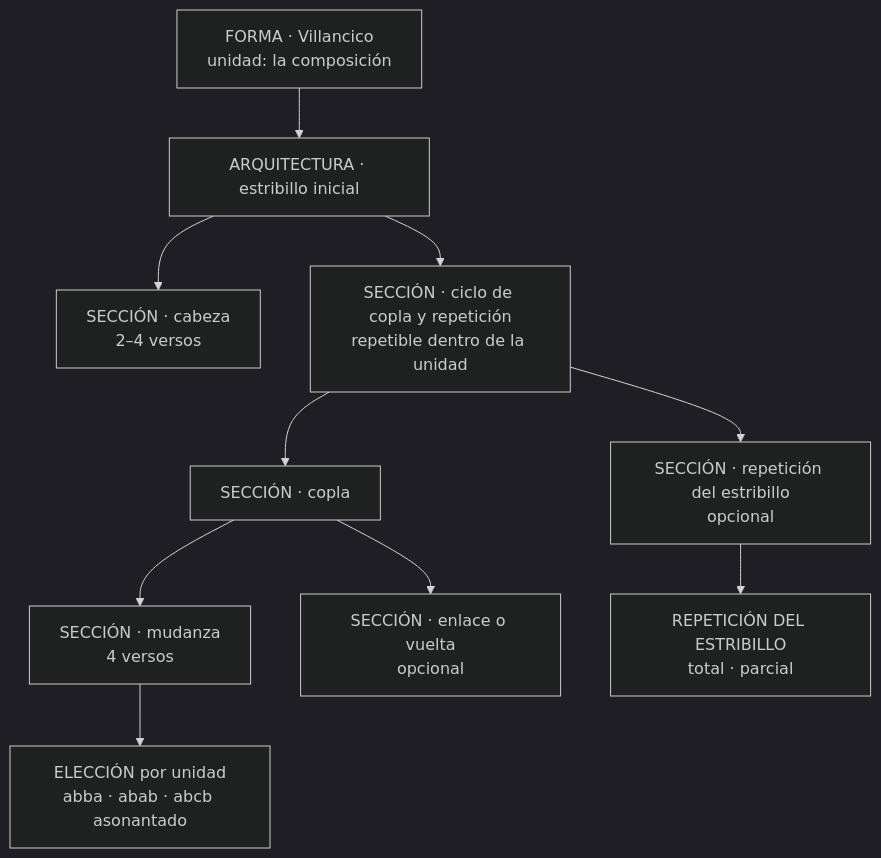
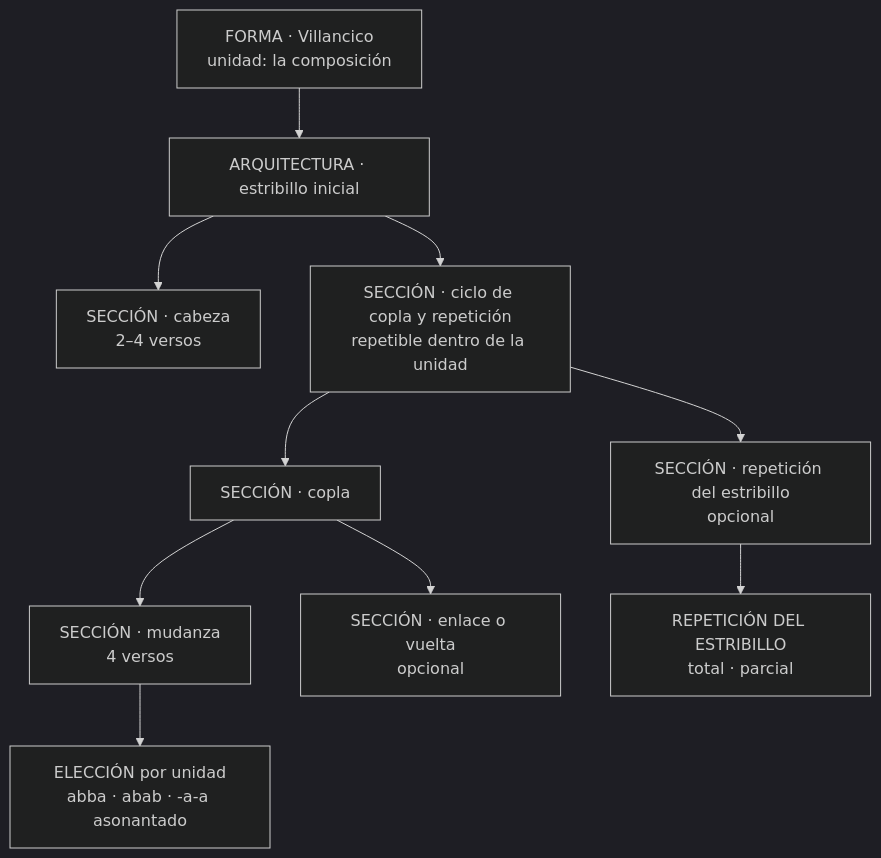
The fourth of 5 diagrams in docs/dominio-metrico/implementacion-metrica.md (metadramaub/metadrama_db), drawn with Mermaid (dark theme) before and after one commit. The commit also changed 18 other files, not shown here.

````diff
--- a/docs/dominio-metrico/implementacion-metrica.md
+++ b/docs/dominio-metrico/implementacion-metrica.md
@@ -581,12 +581,12 @@
 ```mermaid
 flowchart TD
     F["FORMA · Villancico<br/>unidad: la composición"] --> A["ARQUITECTURA · estribillo inicial"]
     A --> C["SECCIÓN · cabeza<br/>2–4 versos"]
     A --> Z["SECCIÓN · ciclo de copla y repetición<br/>repetible dentro de la unidad"]
     Z --> CO["SECCIÓN · copla"]
     Z --> RE["SECCIÓN · repetición del estribillo<br/>opcional"]
     CO --> MU["SECCIÓN · mudanza<br/>4 versos"]
     CO --> EN["SECCIÓN · enlace o vuelta<br/>opcional"]
-    MU --> ER["ELECCIÓN por unidad<br/>abba · abab · abcb asonantado"]
+    MU --> ER["ELECCIÓN por unidad<br/>abba · abab · -a-a asonantado"]
     RE --> REP["REPETICIÓN DEL ESTRIBILLO<br/>total · parcial"]
 ```
````
